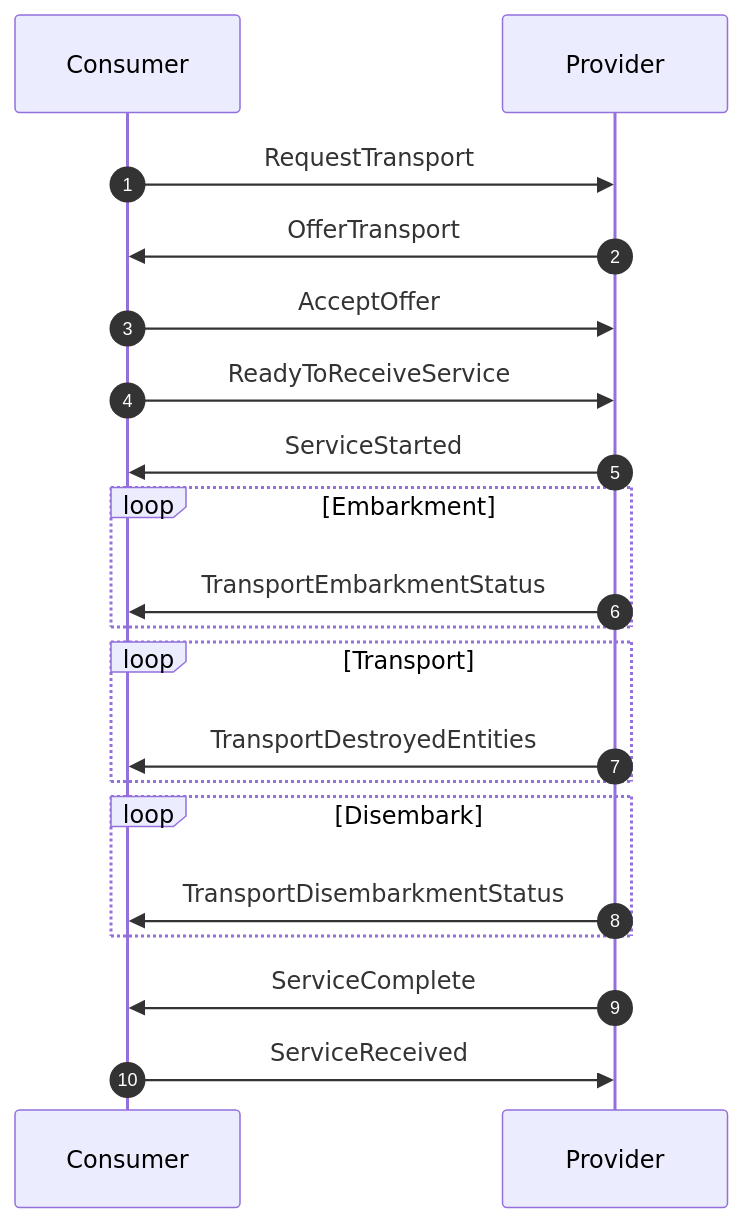
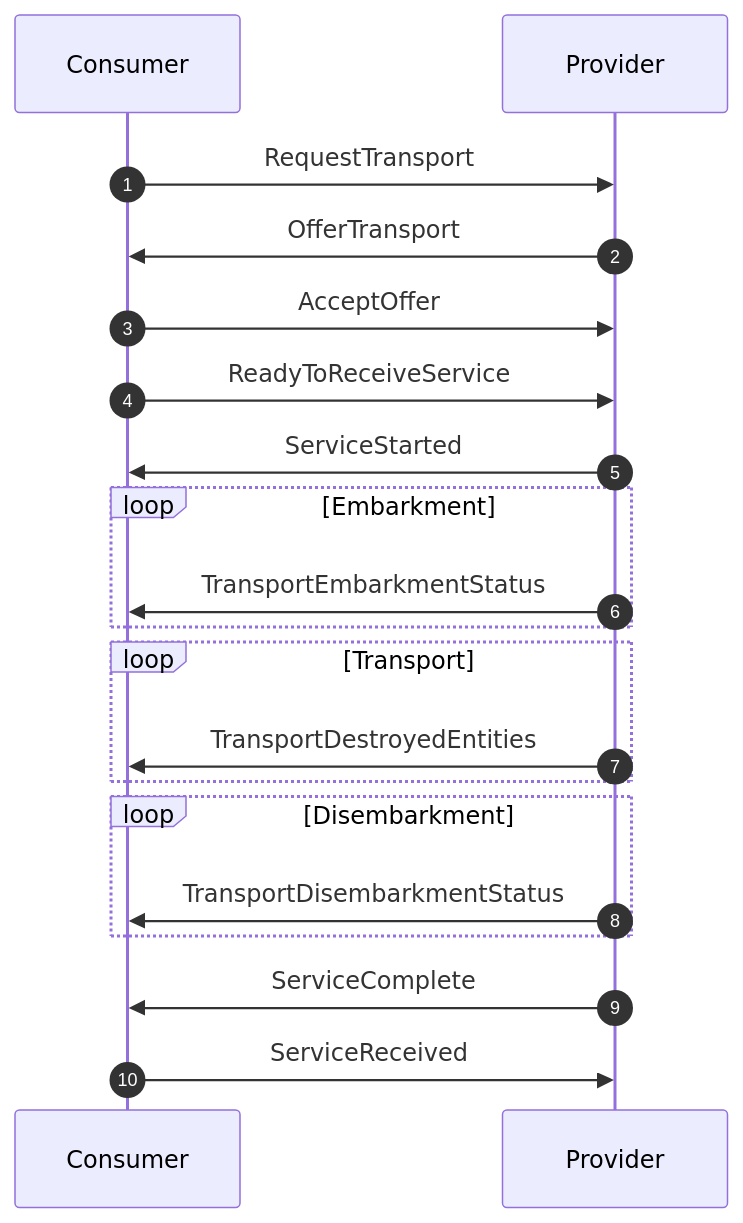
One commit to AMSP-04/NETN-LOG changed the fourth of 4 diagrams in NETN-LOG.md. Above: the diagram before and after it, drawn with Mermaid.

````diff
--- a/NETN-LOG.md
+++ b/NETN-LOG.md
@@ -182,24 +182,24 @@
 ```mermaid
 sequenceDiagram
 autonumber
 Consumer->>Provider: RequestTransport
 Provider->>Consumer: OfferTransport
 Consumer->>Provider: AcceptOffer
 Consumer->>Provider: ReadyToReceiveService
 Provider->>Consumer: ServiceStarted
 
 loop Embarkment
 Provider->>Consumer: TransportEmbarkmentStatus
 end
 
 loop Transport
 Provider->>Consumer: TransportDestroyedEntities
 end
 
-loop Disembark
+loop Disembarkment
 Provider->>Consumer: TransportDisembarkmentStatus
 end
 
 Provider->>Consumer: ServiceComplete
 Consumer->>Provider: ServiceReceived
 ```
````
